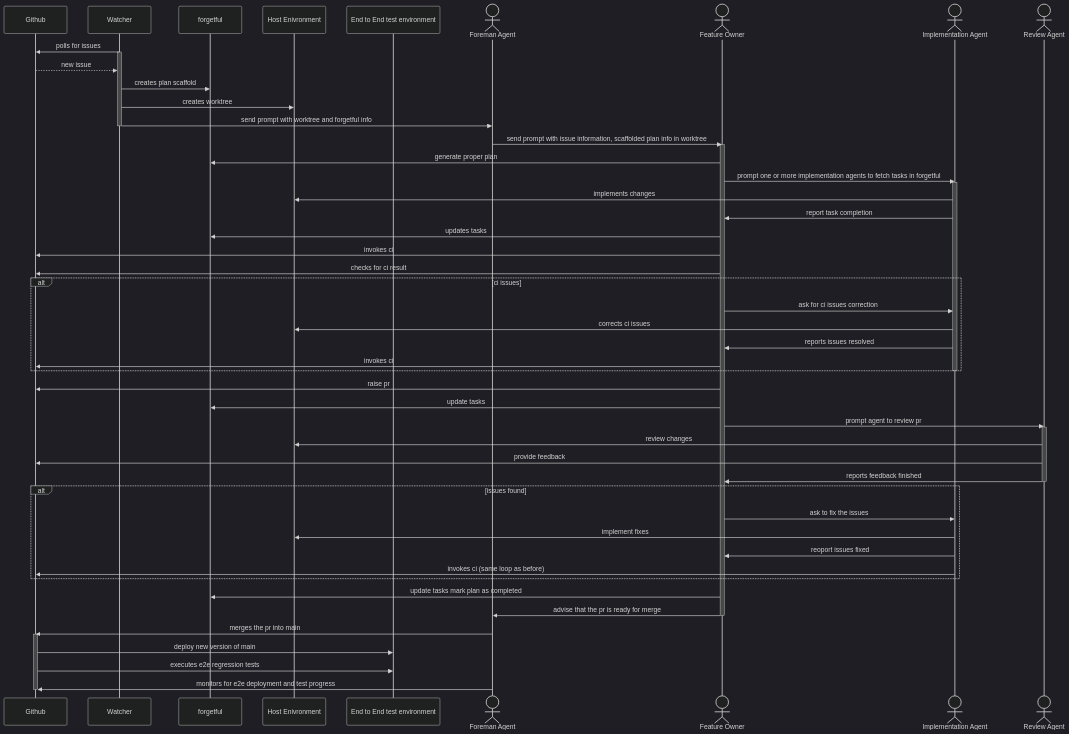
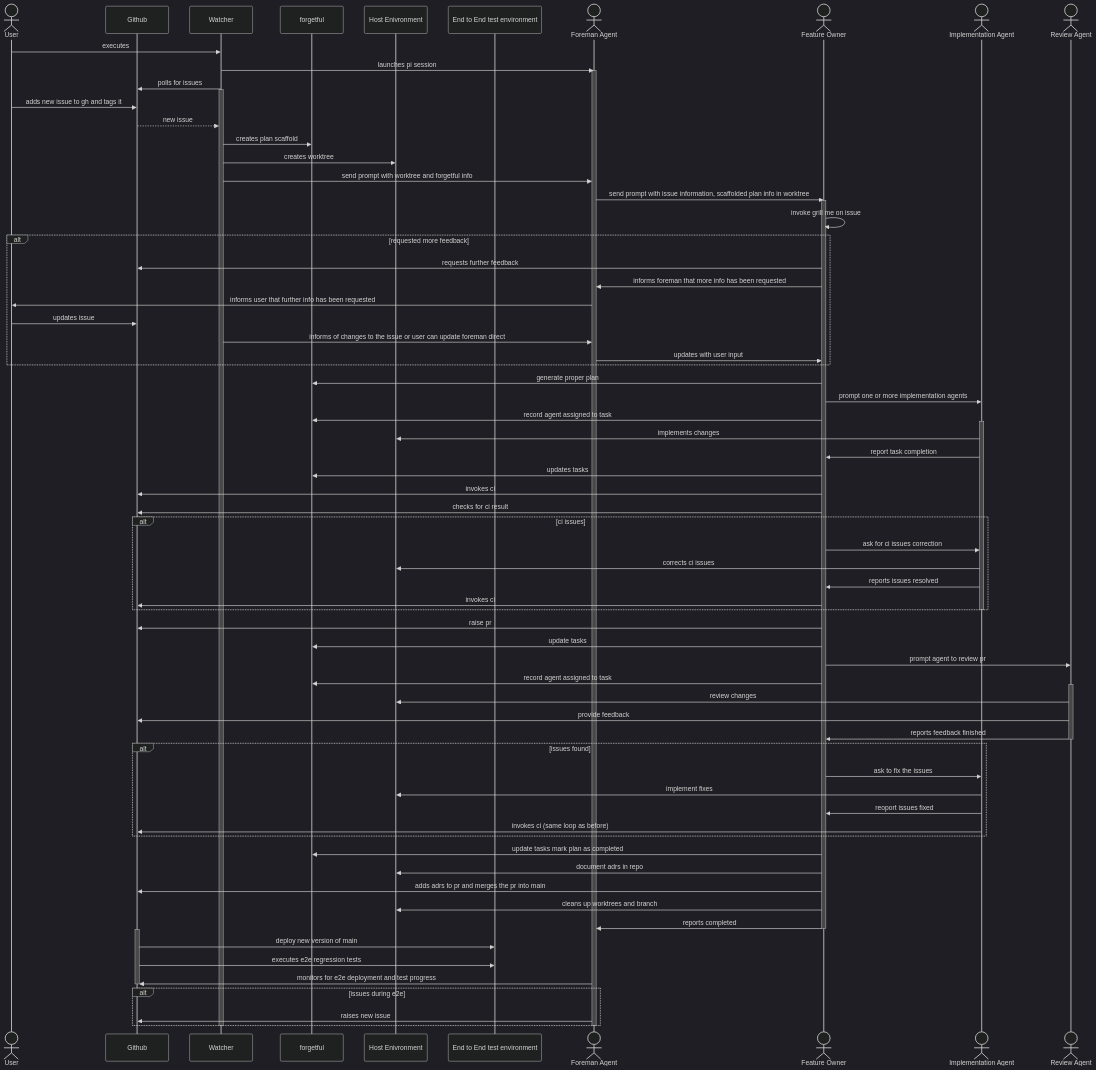
Before and after one commit to ScottRBK/factory: the diagram in FACTORY.md, drawn with Mermaid. The commit also changed other lines of this file, not shown here.

Commit message:
further refinement to plan

````diff
--- a/FACTORY.md
+++ b/FACTORY.md
@@ -27,6 +27,7 @@
 ---
     sequenceDiagram
     
+    actor user as User
     participant gh as Github
     participant script as Watcher
     participant forgetful
@@ -37,18 +38,31 @@
     actor ia as Implementation Agent 
     actor ra as Review Agent
 
+    user ->> script: executes
+    script ->> foreman: launches pi session
+    activate foreman
     script ->> gh: polls for issues
     activate script
+    user ->> gh: adds new issue to gh and tags it
     gh -->> script: new issue
     script ->> forgetful: creates plan scaffold
     script ->> host: creates worktree 
     script ->> foreman: send prompt with worktree and forgetful info
-    deactivate script
 
     foreman ->> fo: send prompt with issue information, scaffolded plan info in worktree
     activate fo
+    fo ->> fo: invoke grill me on issue
+    alt requested more feedback
+        fo ->> gh: requests further feedback
+        fo ->> foreman: informs foreman that more info has been requested
+        foreman ->> user: informs user that further info has been requested
+        user ->> gh: updates issue
+        script ->> foreman: informs of changes to the issue or user can update foreman direct
+        foreman ->> fo: updates with user input 
+    end
     fo ->> forgetful: generate proper plan 
-    fo ->> ia: prompt one or more implementation agents to fetch tasks in forgetful 
+    fo ->> ia: prompt one or more implementation agents 
+    fo ->> forgetful: record agent assigned to task
 
     activate ia 
     ia ->> host: implements changes
@@ -67,6 +81,7 @@
     fo ->> gh: raise pr 
     fo ->> forgetful: update tasks
     fo ->> ra: prompt agent to review pr
+    fo ->> forgetful: record agent assigned to task
     activate ra 
     ra ->> host: review changes
     ra ->> gh: provide feedback 
@@ -78,13 +93,22 @@
         ia ->> fo: reoport issues fixed
         ia ->> gh: invokes ci (same loop as before)
     end
+
     fo ->> forgetful: update tasks mark plan as completed
-    fo ->> foreman: advise that the pr is ready for merge
+    fo ->> host: document adrs in repo
+    fo ->> gh: adds adrs to pr and merges the pr into main
+    fo ->> host: cleans up worktrees and branch
+    fo ->> foreman: reports completed
     deactivate fo
-    foreman ->> gh: merges the pr into main
+
     activate gh
     gh ->> e2e: deploy new version of main     
     gh ->> e2e: executes e2e regression tests
     foreman ->> gh: monitors for e2e deployment and test progress
     deactivate gh
+    alt issues during e2e
+        foreman ->> gh: raises new issue
+    end 
+    deactivate foreman
+    deactivate script
 ```
````
